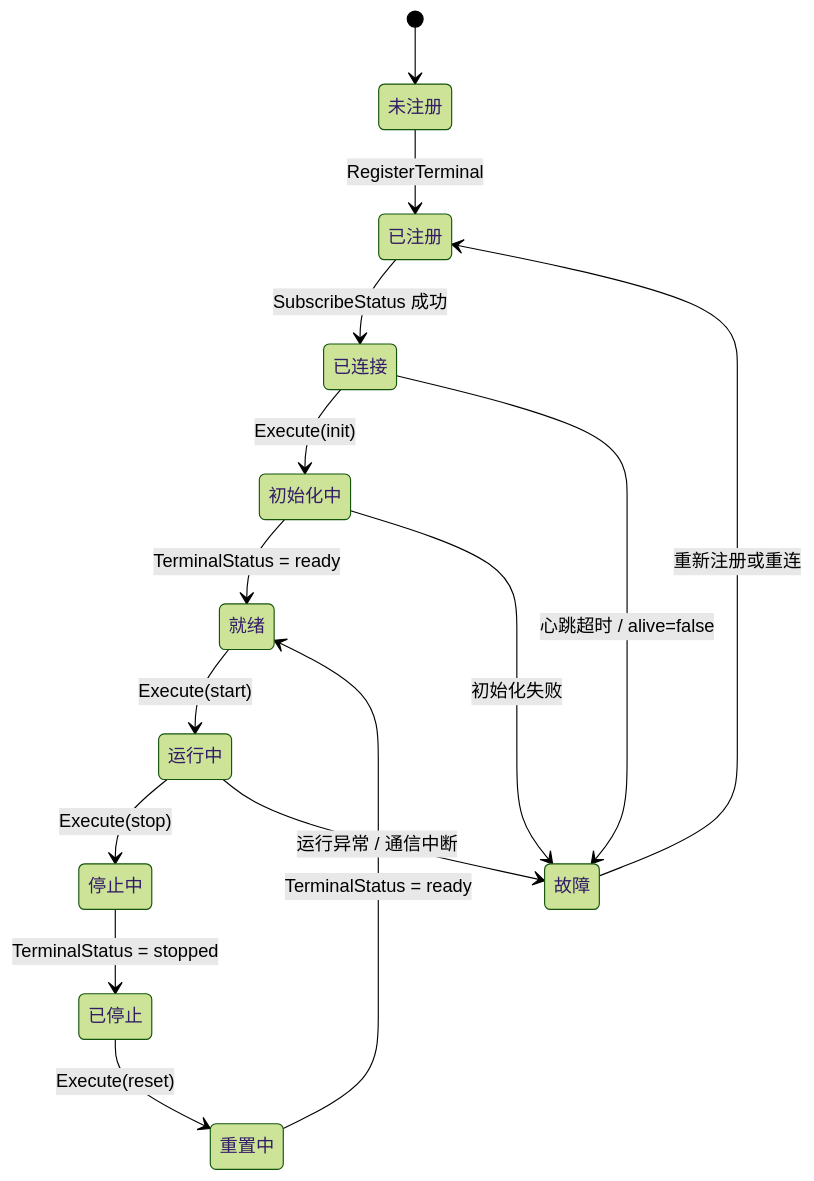
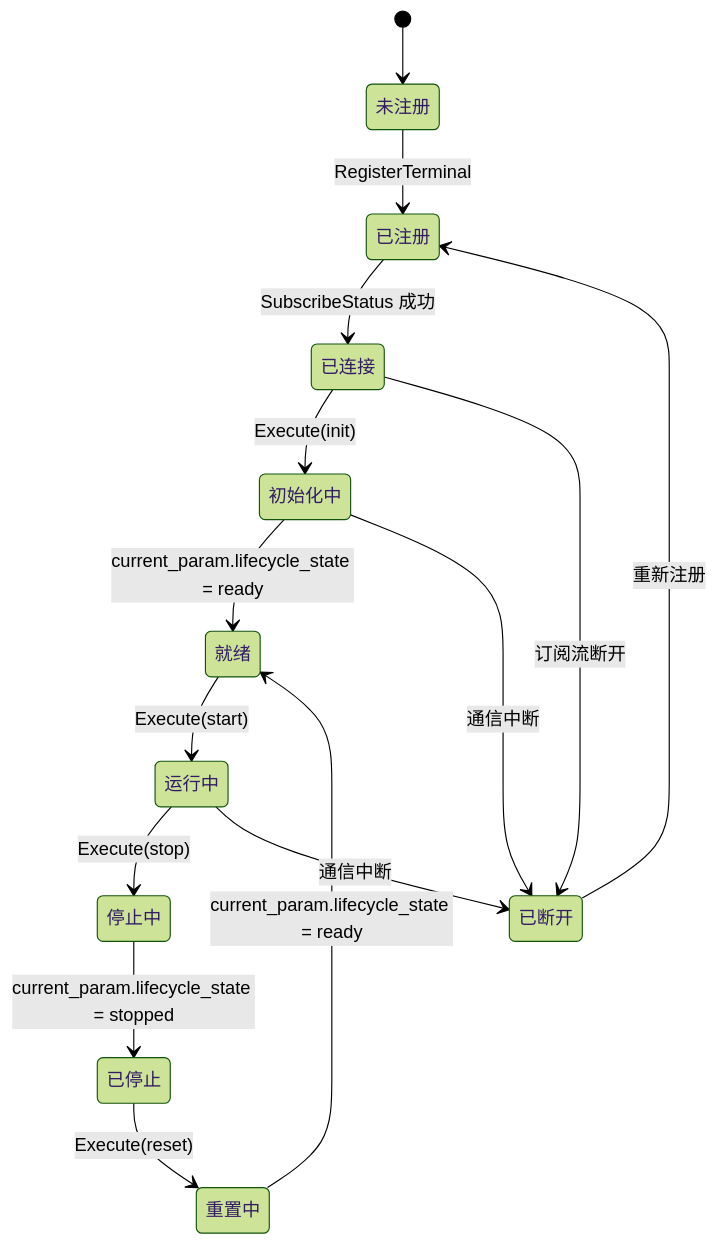
The third of 3 diagrams in source/_posts/关于飞行仿真控制系统设计的思考.md (Aniakea/vannessa), drawn with Mermaid (forest theme) before and after one commit. The commit also changed other lines of this file, not shown here.

````diff
--- a/source/_posts/关于飞行仿真控制系统设计的思考.md
+++ b/source/_posts/关于飞行仿真控制系统设计的思考.md
@@ -241,28 +350,28 @@
 ```mermaid
 stateDiagram-v2
     state "未注册" as Unregistered
     state "已注册" as Registered
     state "已连接" as Connected
     state "初始化中" as Initializing
     state "就绪" as Ready
     state "运行中" as Running
     state "停止中" as Stopping
     state "已停止" as Stopped
     state "重置中" as Resetting
-    state "故障" as Fault
+    state "已断开" as Disconnected
 
     [*] --> Unregistered
     Unregistered --> Registered: RegisterTerminal
     Registered --> Connected: SubscribeStatus 成功
     Connected --> Initializing: Execute(init)
-    Initializing --> Ready: TerminalStatus = ready
+    Initializing --> Ready: current_param.lifecycle_state = ready
     Ready --> Running: Execute(start)
     Running --> Stopping: Execute(stop)
-    Stopping --> Stopped: TerminalStatus = stopped
+    Stopping --> Stopped: current_param.lifecycle_state = stopped
     Stopped --> Resetting: Execute(reset)
-    Resetting --> Ready: TerminalStatus = ready
-    Connected --> Fault: 心跳超时 / alive=false
-    Initializing --> Fault: 初始化失败
-    Running --> Fault: 运行异常 / 通信中断
-    Fault --> Registered: 重新注册或重连
+    Resetting --> Ready: current_param.lifecycle_state = ready
+    Connected --> Disconnected: 订阅流断开
+    Initializing --> Disconnected: 通信中断
+    Running --> Disconnected: 通信中断
+    Disconnected --> Registered: 重新注册
 ```
````
